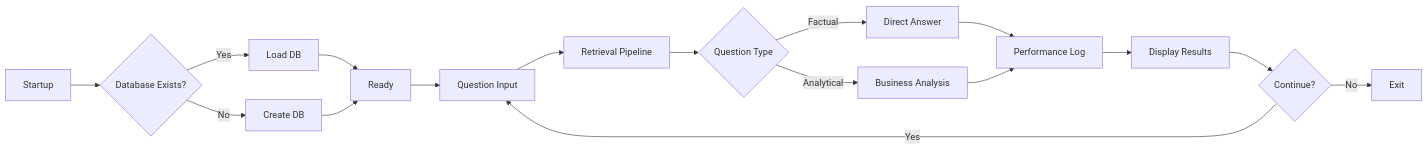
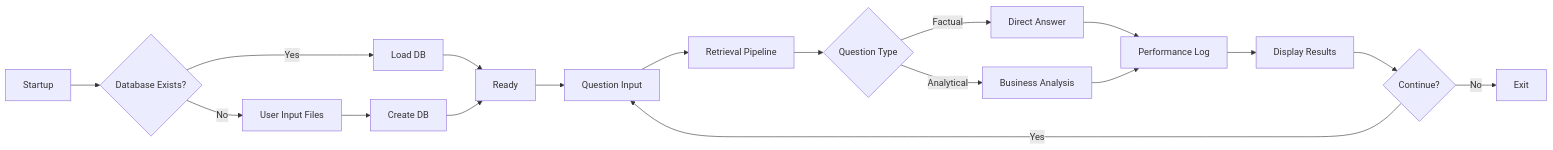
One commit to xxcs13/RAGv1 changed the first of 2 diagrams in README.md. Above: the diagram before and after it, drawn with Mermaid. The commit also changed other lines of this file, not shown here.

````diff
--- a/README.md
+++ b/README.md
@@ -65,24 +88,25 @@
 ```mermaid
 graph LR
     A[Startup] --> B{Database Exists?}
     B -->|Yes| C[Load DB]
-    B -->|No| D[Create DB]
+    B -->|No| D[User Input Files]
     
-    C --> E[Ready]
-    D --> E
+    D --> E[Create DB]
+    C --> F[Ready]
+    E --> F
     
-    E --> F[Question Input]
-    F --> G[Retrieval Pipeline]
-    G --> H{Question Type}
+    F --> G[Question Input]
+    G --> H[Retrieval Pipeline]
+    H --> I{Question Type}
     
-    H -->|Factual| I[Direct Answer]
-    H -->|Analytical| J[Business Analysis]
+    I -->|Factual| J[Direct Answer]
+    I -->|Analytical| K[Business Analysis]
     
-    I --> K[Performance Log]
-    J --> K
-    K --> L[Display Results]
+    J --> L[Performance Log]
+    K --> L
+    L --> M[Display Results]
     
-    L --> M{Continue?}
-    M -->|Yes| F
-    M -->|No| N[Exit]
+    M --> N{Continue?}
+    N -->|Yes| G
+    N -->|No| O[Exit]
 ```
````
